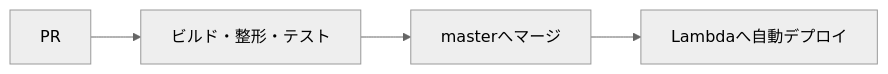
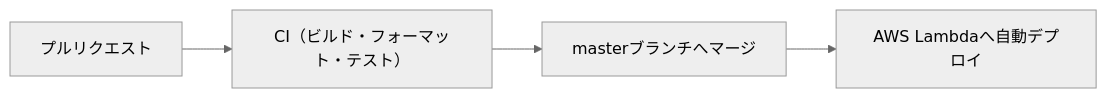
One commit to shin4488/MlbBot changed the fourth of 4 diagrams in README.md. Above: the diagram before and after it, drawn with Mermaid (neutral theme). The commit also changed other lines of this file and 2 other files, not shown here.

````diff
--- a/README.md
+++ b/README.md
@@ -143,6 +146,6 @@
 ```mermaid
 flowchart LR
-    PR["PR"] --> CI["ビルド・整形・テスト"]
-    CI --> M["masterへマージ"]
-    M --> L["Lambdaへ自動デプロイ"]
+    PR["プルリクエスト"] --> CI["CI（ビルド・フォーマット・テスト）"]
+    CI --> M["masterブランチへマージ"]
+    M --> L["AWS Lambdaへ自動デプロイ"]
 ```
````
